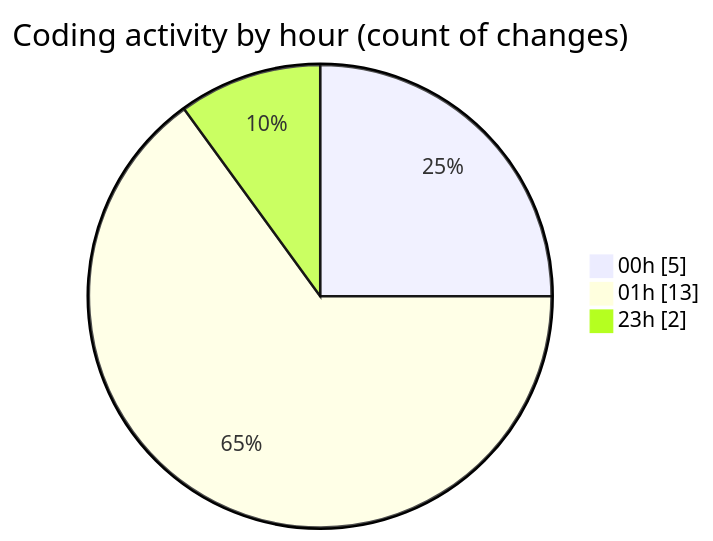
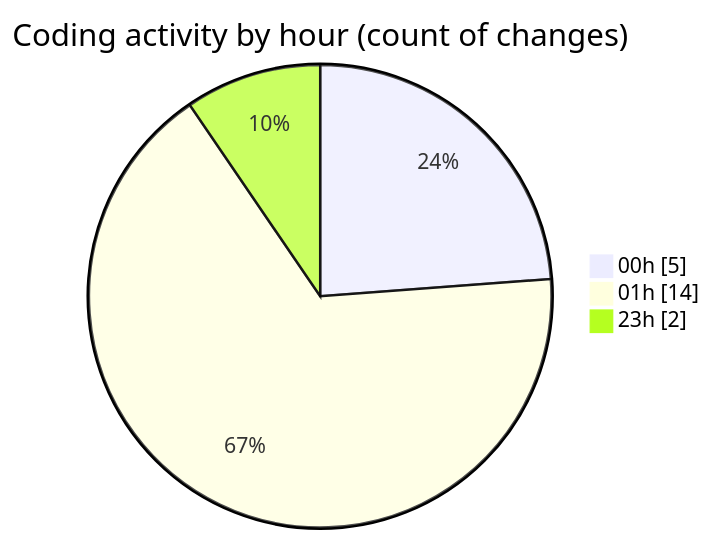
The second of 2 diagrams in 2025-11-26/eventscop-frontend-guide__workspace_/README.md (julien-gomy/code-tracking), drawn with Mermaid before and after one commit. The commit also changed other lines of this file and 1 other file, not shown here.

````diff
--- a/2025-11-26/eventscop-frontend-guide__workspace_/README.md
+++ b/2025-11-26/eventscop-frontend-guide__workspace_/README.md
@@ -35,7 +35,7 @@
 ```mermaid
 pie showData
 title Coding activity by hour (count of changes)
 "00h" : 5
-"01h" : 13
+"01h" : 14
 "23h" : 2
 ```
````
